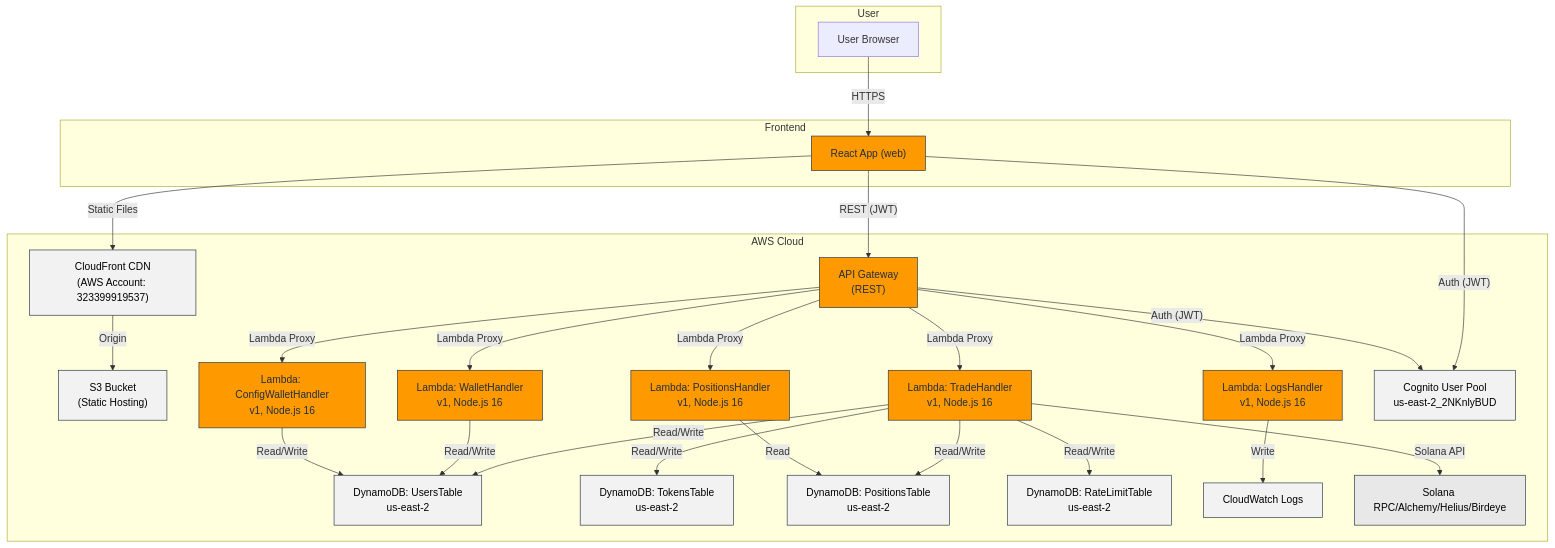
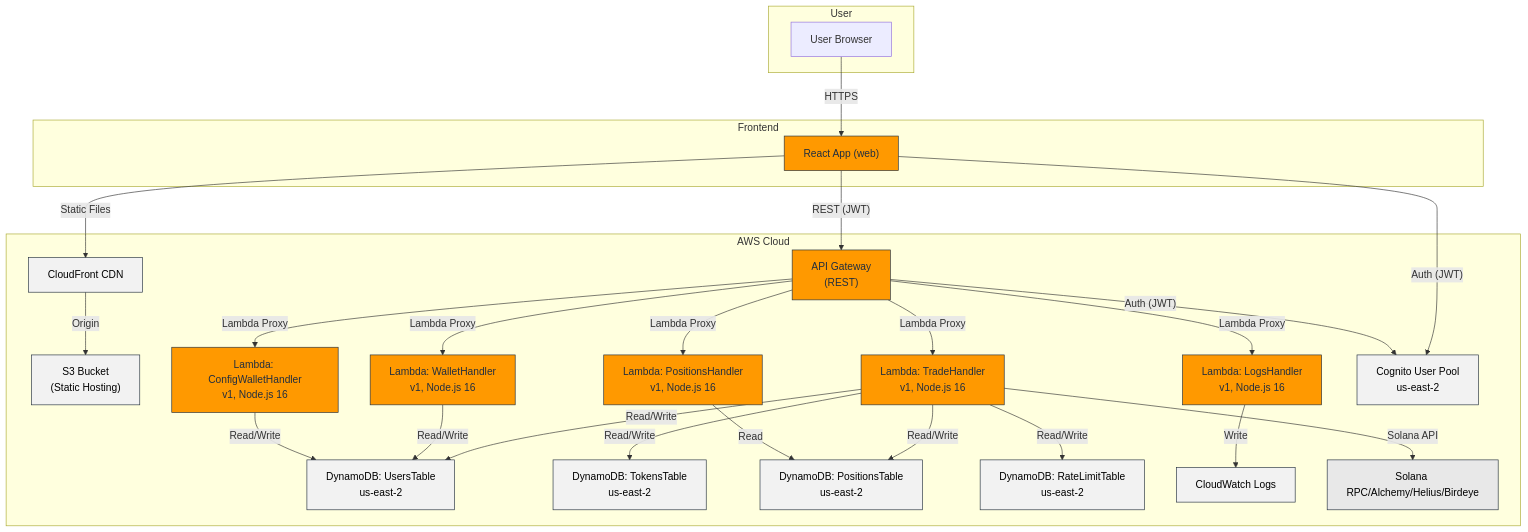
The second of 2 diagrams in README.md (ashubitowski/solana-dex-trader), drawn with Mermaid before and after one commit. The commit also changed 2 other files, not shown here.

Commit message:
Remove and delete auth.js file

````diff
--- a/README.md
+++ b/README.md
@@ -191,55 +191,55 @@
 ```mermaid
 graph TB
   subgraph User
     Browser["User Browser"]
   end
   subgraph Frontend
     FE["React App (web)"]
   end
   subgraph AWS Cloud
     S3["S3 Bucket\n(Static Hosting)"]
-    CF["CloudFront CDN\n(AWS Account: 323399919537)"]
+    CF["CloudFront CDN"]
     APIGW["API Gateway\n(REST)"]
     LAMBDA_TRADE["Lambda: TradeHandler\nv1, Node.js 16"]
     LAMBDA_POS["Lambda: PositionsHandler\nv1, Node.js 16"]
     LAMBDA_WALLET["Lambda: WalletHandler\nv1, Node.js 16"]
     LAMBDA_LOGS["Lambda: LogsHandler\nv1, Node.js 16"]
     LAMBDA_CONFIG["Lambda: ConfigWalletHandler\nv1, Node.js 16"]
     DDB_USERS["DynamoDB: UsersTable\nus-east-2"]
     DDB_TOKENS["DynamoDB: TokensTable\nus-east-2"]
     DDB_POS["DynamoDB: PositionsTable\nus-east-2"]
     DDB_RATE["DynamoDB: RateLimitTable\nus-east-2"]
-    COGNITO["Cognito User Pool\nus-east-2_2NKnlyBUD"]
+    COGNITO["Cognito User Pool\nus-east-2"]
     CWATCH["CloudWatch Logs"]
     EXT_SOLANA["Solana RPC/Alchemy/Helius/Birdeye"]
   end
 
   Browser -- "HTTPS" --> FE
   FE -- "Static Files" --> CF
   CF -- "Origin" --> S3
   FE -- "REST (JWT)" --> APIGW
   FE -- "Auth (JWT)" --> COGNITO
   APIGW -- "Lambda Proxy" --> LAMBDA_TRADE
   APIGW -- "Lambda Proxy" --> LAMBDA_POS
   APIGW -- "Lambda Proxy" --> LAMBDA_WALLET
   APIGW -- "Lambda Proxy" --> LAMBDA_LOGS
   APIGW -- "Lambda Proxy" --> LAMBDA_CONFIG
   LAMBDA_TRADE -- "Read/Write" --> DDB_USERS
   LAMBDA_TRADE -- "Read/Write" --> DDB_TOKENS
   LAMBDA_TRADE -- "Read/Write" --> DDB_POS
   LAMBDA_TRADE -- "Read/Write" --> DDB_RATE
   LAMBDA_TRADE -- "Solana API" --> EXT_SOLANA
   LAMBDA_POS -- "Read" --> DDB_POS
   LAMBDA_WALLET -- "Read/Write" --> DDB_USERS
   LAMBDA_LOGS -- "Write" --> CWATCH
   LAMBDA_CONFIG -- "Read/Write" --> DDB_USERS
   APIGW -- "Auth (JWT)" --> COGNITO
 
   classDef app fill:#FF9900,stroke:#232F3E,color:#232F3E;
   classDef infra fill:#F2F2F2,stroke:#232F3E,color:#000000;
   classDef external fill:#E8E8E8,stroke:#232F3E,color:#000000;
   class FE,APIGW,LAMBDA_TRADE,LAMBDA_POS,LAMBDA_WALLET,LAMBDA_LOGS,LAMBDA_CONFIG app;
   class S3,CF,DDB_USERS,DDB_TOKENS,DDB_POS,DDB_RATE,CWATCH infra;
   class COGNITO infra;
   class EXT_SOLANA external;
 ```
````
